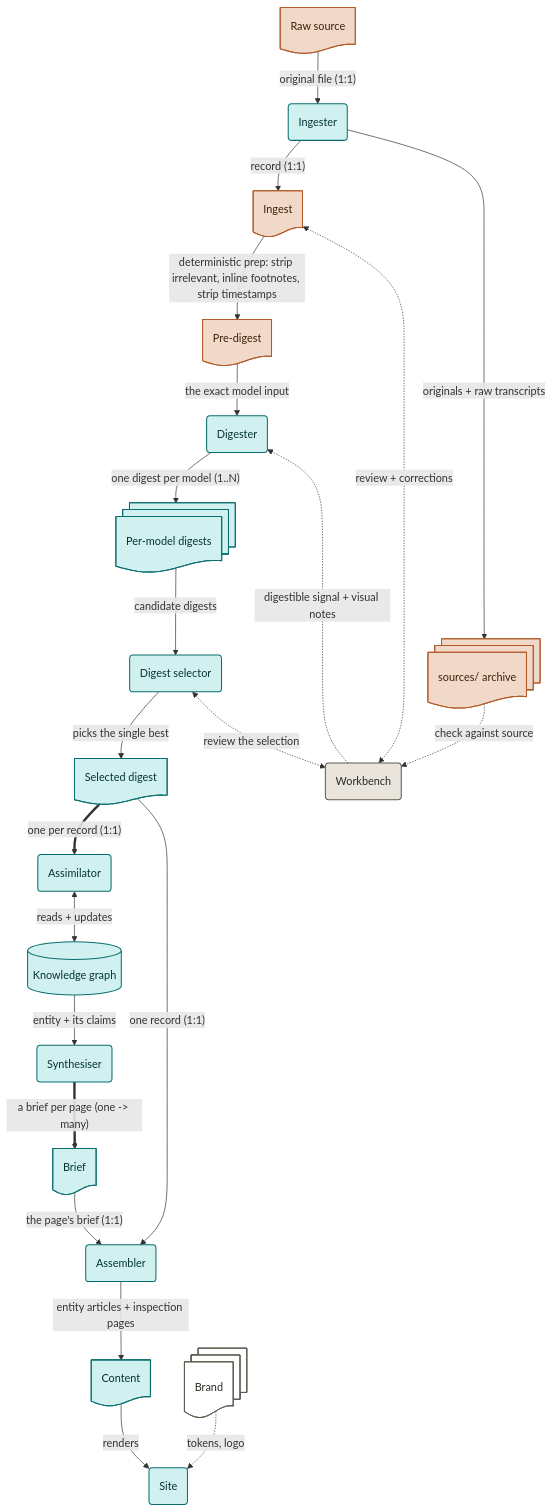
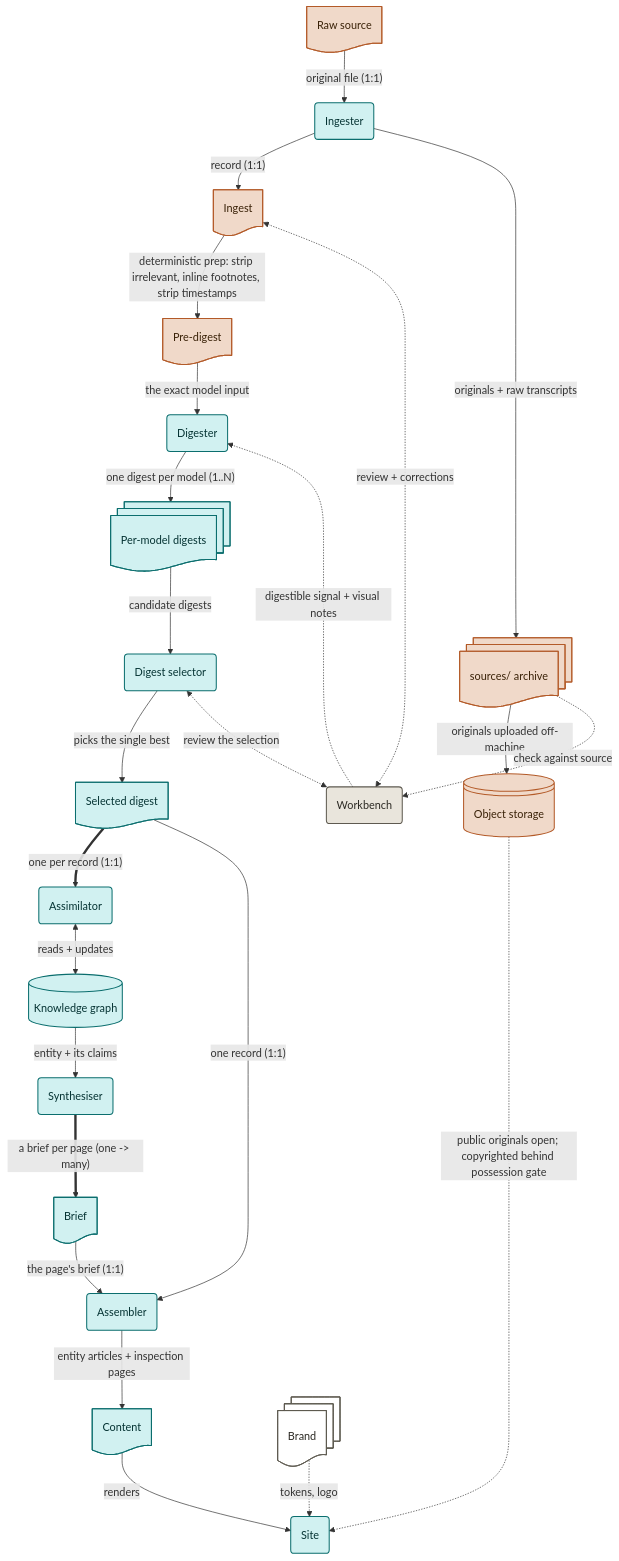
The diagram in reference/pipeline.mmd (anomalica/anomalica), drawn with Mermaid before and after one commit. The commit also changed 2 other files, not shown here.

Commit message:
docs(architecture): show source originals archived to object storage
Add an object-storage (bucket) node the sources/ archive pushes to, routed by
copyright: public-domain served openly, copyrighted behind the possession gate
(no public URL for gated content). Closes the archive node's open backup task.

```diff
--- a/reference/pipeline.mmd
+++ b/reference/pipeline.mmd
@@ -1,70 +1,74 @@
 flowchart TB
   classDef src fill:#F0D9C9,stroke:#B35A28,stroke-width:1.5px,color:#3a2208;
   classDef pub fill:#D1F1F1,stroke:#0B6E6E,stroke-width:1.5px,color:#053333;
   classDef rev fill:#E9E5DC,stroke:#5E5A50,stroke-width:1.5px,color:#2c2a24;
   classDef store fill:#ffffff,stroke:#5E5A50,stroke-width:1.3px,color:#2c2a24;
 
   raw@{ shape: doc, label: "Raw source" }
   ingester@{ shape: rounded, label: "Ingester" }
   ingest@{ shape: doc, label: "Ingest" }
   predigest@{ shape: doc, label: "Pre-digest" }
   archive@{ shape: docs, label: "sources/ archive" }
+  bucket@{ shape: lin-cyl, label: "Object storage" }
   workbench@{ shape: rounded, label: "Workbench" }
   digester@{ shape: rounded, label: "Digester" }
   digests@{ shape: docs, label: "Per-model digests" }
   selector@{ shape: rounded, label: "Digest selector" }
   selected@{ shape: doc, label: "Selected digest" }
   assimilator@{ shape: rounded, label: "Assimilator" }
   kg@{ shape: cyl, label: "Knowledge graph" }
   synthesiser@{ shape: rounded, label: "Synthesiser" }
   briefs@{ shape: doc, label: "Brief" }
   assembler@{ shape: rounded, label: "Assembler" }
   content@{ shape: doc, label: "Content" }
   site@{ shape: rounded, label: "Site" }
   brand@{ shape: docs, label: "Brand" }
 
   raw -->|"original file (1:1)"| ingester
   ingester -->|"record (1:1)"| ingest
   ingester -->|"originals + raw transcripts"| archive
+  archive -->|"originals uploaded off-machine"| bucket
+  bucket -.->|"public originals open; copyrighted behind possession gate"| site
   ingest -->|"deterministic prep: strip irrelevant, inline footnotes, strip timestamps"| predigest
   predigest -->|"the exact model input"| digester
   digester -->|"one digest per model (1..N)"| digests
   digests -->|"candidate digests"| selector
   selector -->|"picks the single best"| selected
   selected ==>|"one per record (1:1)"| assimilator
   assimilator <-->|"reads + updates"| kg
   kg -->|"entity + its claims"| synthesiser
   synthesiser ==>|"a brief per page (one -> many)"| briefs
   briefs -->|"the page's brief (1:1)"| assembler
   selected -->|"one record (1:1)"| assembler
   assembler -->|"entity articles + inspection pages"| content
   content -->|"renders"| site
   brand -.->|"tokens, logo"| site
   ingest <-.->|"review + corrections"| workbench
   selector <-.->|"review the selection"| workbench
   archive -.->|"check against source"| workbench
   workbench -.->|"digestible signal + visual notes"| digester
 
-  class raw,ingest,predigest,archive src
+  class raw,ingest,predigest,archive,bucket src
   class ingester,digester,digests,selector,selected,assimilator,kg,synthesiser,briefs,assembler,content,site pub
   class workbench rev
   class brand store
 
   click raw nodeClick
   click ingester nodeClick
   click ingest nodeClick
   click predigest nodeClick
   click archive nodeClick
+  click bucket nodeClick
   click workbench nodeClick
   click digester nodeClick
   click digests nodeClick
   click selector nodeClick
   click selected nodeClick
   click assimilator nodeClick
   click kg nodeClick
   click synthesiser nodeClick
   click briefs nodeClick
   click assembler nodeClick
   click content nodeClick
   click site nodeClick
   click brand nodeClick
```
